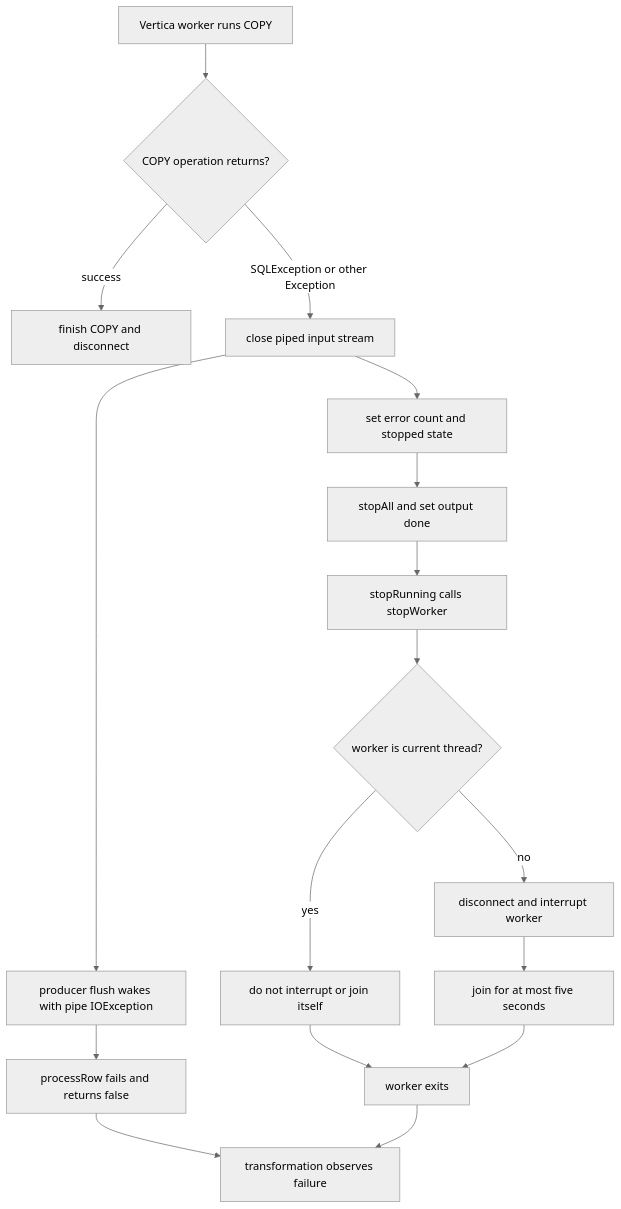
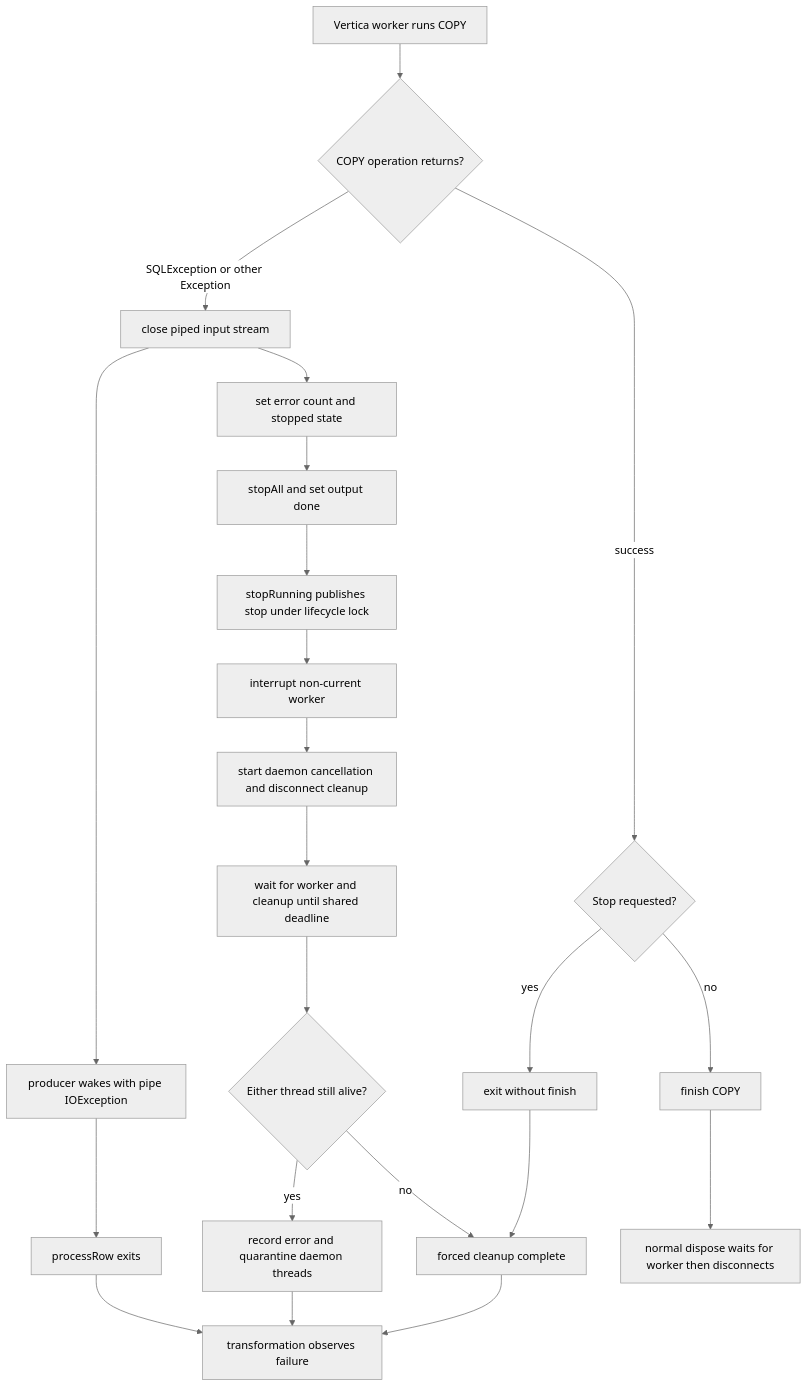
The fifth of 6 diagrams in PDI-20802-vertica-bulk-loader-hang-fix.md (pentaho/pentaho-vertica-bulkloader), drawn with Mermaid (neutral theme) before and after one commit. The commit also changed other lines of this file, not shown here.

````diff
--- a/PDI-20802-vertica-bulk-loader-hang-fix.md
+++ b/PDI-20802-vertica-bulk-loader-hang-fix.md
@@ -496,19 +509,24 @@
 ```mermaid
 flowchart TD
     A[Vertica worker runs COPY] --> B{COPY operation returns?}
-    B -->|success| C[finish COPY and disconnect]
-    B -->|SQLException or other Exception| D[close piped input stream]
-    D --> E[set error count and stopped state]
-    E --> F[stopAll and set output done]
-    F --> G[stopRunning calls stopWorker]
-    G --> H{worker is current thread?}
-    H -->|yes| I[do not interrupt or join itself]
-    H -->|no| J[disconnect and interrupt worker]
-    J --> O[join for at most five seconds]
-    D --> K[producer flush wakes with pipe IOException]
-    K --> L[processRow fails and returns false]
-    I --> M[worker exits]
-    O --> M
-    L --> N[transformation observes failure]
-    M --> N
+  B -->|success| C{Stop requested?}
+  C -->|no| D[finish COPY]
+  C -->|yes| E[exit without finish]
+  B -->|SQLException or other Exception| F[close piped input stream]
+  F --> G[set error count and stopped state]
+  G --> H[stopAll and set output done]
+  H --> I[stopRunning publishes stop under lifecycle lock]
+  I --> J[interrupt non-current worker]
+  J --> K[start daemon cancellation and disconnect cleanup]
+  K --> L[wait for worker and cleanup until shared deadline]
+  L --> M{Either thread still alive?}
+  M -->|yes| N[record error and quarantine daemon threads]
+  M -->|no| O[forced cleanup complete]
+  F --> P[producer wakes with pipe IOException]
+  P --> Q[processRow exits]
+  D --> R[normal dispose waits for worker then disconnects]
+  E --> O
+  Q --> S[transformation observes failure]
+  N --> S
+  O --> S
 ```
````
